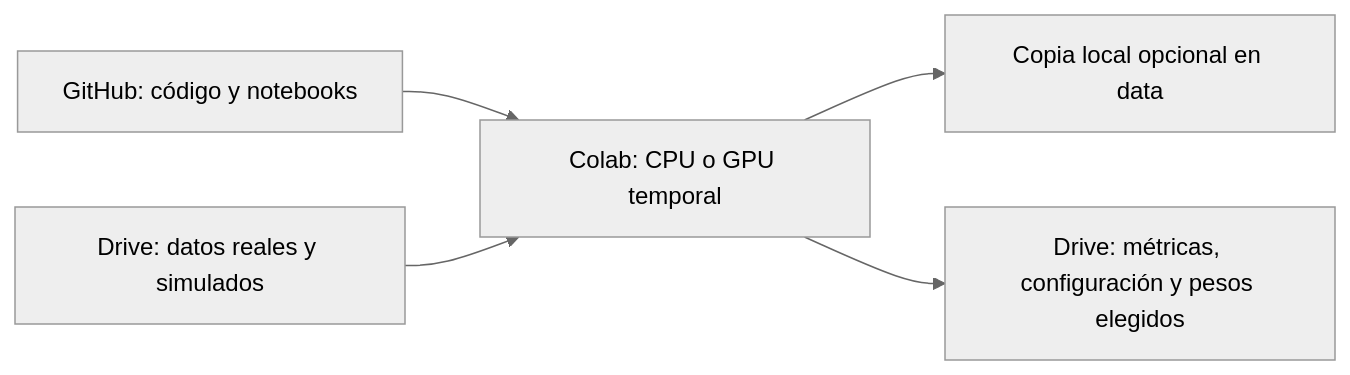
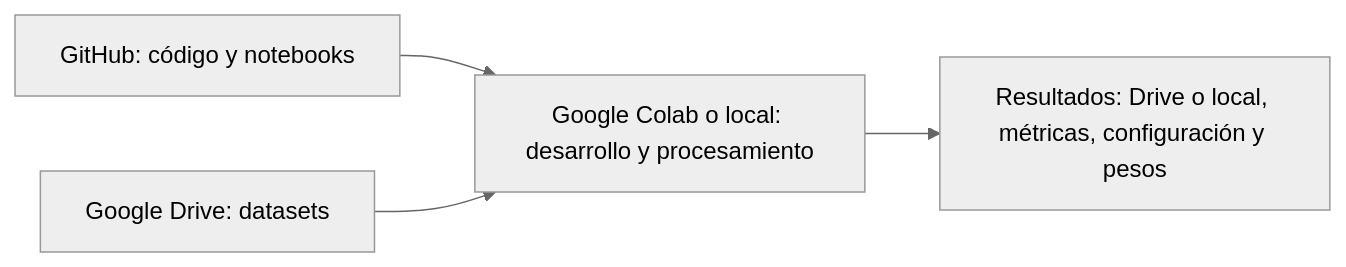
One commit to patrickjvsa/afg-cv-mining-conveyor-belts changed the diagram in README.md. Above: the diagram before and after it, drawn with Mermaid (neutral theme). The commit also changed other lines of this file and 3 other files, not shown here.

````diff
--- a/README.md
+++ b/README.md
@@ -36,7 +33,6 @@
 ```mermaid
 flowchart LR
-  G[GitHub: código y notebooks] --> C[Colab: CPU o GPU temporal]
-  D[Drive: datos reales y simulados] --> C
-  C --> L[Copia local opcional en data]
-  C --> R[Drive: métricas, configuración y pesos elegidos]
+  G[GitHub: código y notebooks] --> C[Google Colab o local: desarrollo y procesamiento]
+  D[Google Drive: datasets] --> C
+  C --> R[Resultados: Drive o local, métricas, configuración y pesos]
 ```
````
